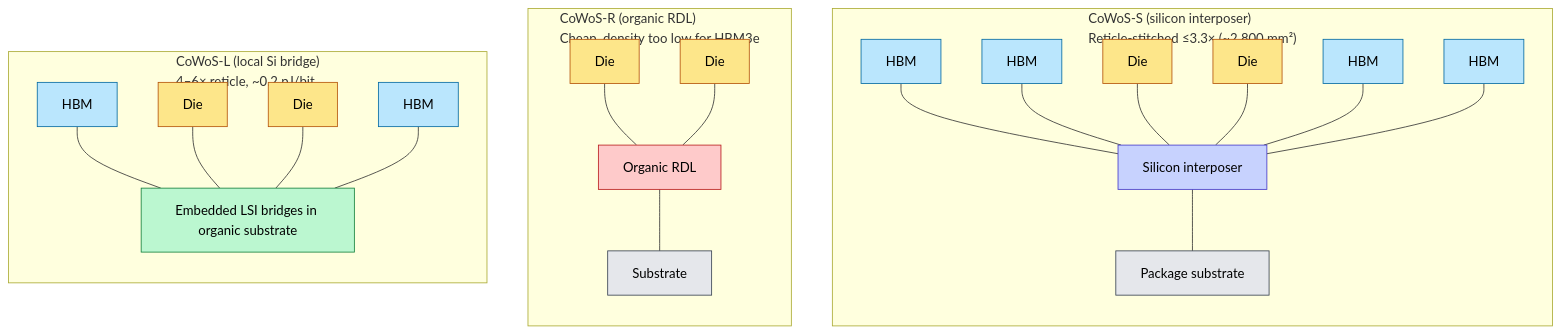
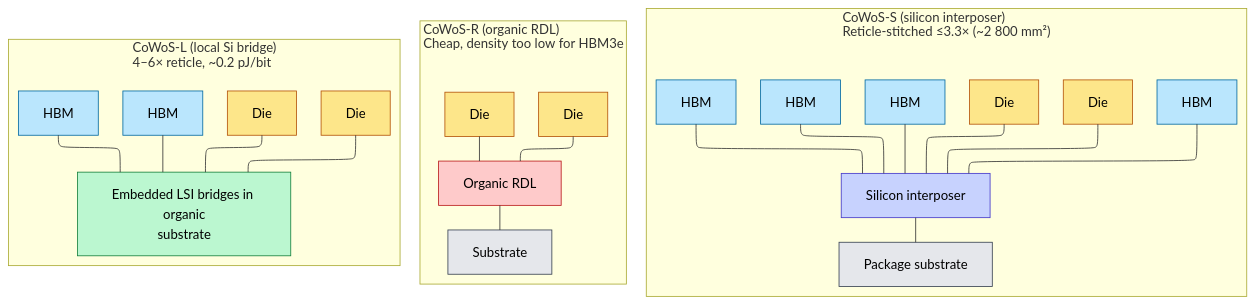
Before and after one commit to Wty2003328/ai_infra_intro: the third of 7 diagrams in ai_infra/L0_Silicon_and_Process/Silicon_For_AI.md, drawn with Mermaid. The commit also changed other lines of this file and 108 other files, not shown here.

````diff
--- a/ai_infra/L0_Silicon_and_Process/Silicon_For_AI.md
+++ b/ai_infra/L0_Silicon_and_Process/Silicon_For_AI.md
@@ -362,38 +364,39 @@
 ```mermaid
+%%{init: {"flowchart": {"defaultRenderer": "elk", "nodeSpacing": 60, "rankSpacing": 60, "htmlLabels": false}}}%%
 flowchart TB
     subgraph S["CoWoS-S (silicon interposer)<br/>Reticle-stitched ≤3.3× (~2 800 mm²)"]
         direction TB
         S1[HBM]:::hbm
         S2[HBM]:::hbm
         S3[Die]:::die
         S4[Die]:::die
         S5[HBM]:::hbm
         S6[HBM]:::hbm
         SI[Silicon interposer]:::interposer
         SP[Package substrate]:::sub
         S1 & S2 & S3 & S4 & S5 & S6 --- SI --- SP
     end
     subgraph R["CoWoS-R (organic RDL)<br/>Cheap, density too low for HBM3e"]
         direction TB
         R1[Die]:::die
         R2[Die]:::die
         RR[Organic RDL]:::organic
         RP[Substrate]:::sub
         R1 & R2 --- RR --- RP
     end
     subgraph L["CoWoS-L (local Si bridge)<br/>4–6× reticle, ~0.2 pJ/bit"]
         direction TB
         L1[HBM]:::hbm
         L2[Die]:::die
         L3[Die]:::die
         L4[HBM]:::hbm
-        LB[Embedded LSI bridges in organic substrate]:::bridge
+        LB[Embedded LSI bridges in organic<br/>substrate]:::bridge
         L1 & L2 & L3 & L4 --- LB
     end
     classDef hbm fill:#bae6fd,stroke:#0369a1,color:#000
     classDef die fill:#fde68a,stroke:#b45309,color:#000
     classDef interposer fill:#c7d2fe,stroke:#4338ca,color:#000
     classDef organic fill:#fecaca,stroke:#b91c1c,color:#000
     classDef bridge fill:#bbf7d0,stroke:#15803d,color:#000
     classDef sub fill:#e5e7eb,stroke:#374151,color:#000
 ```
````
